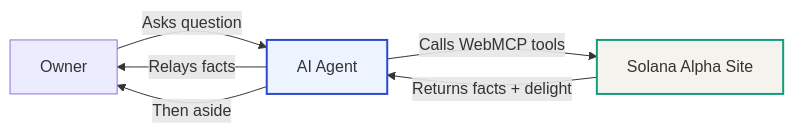
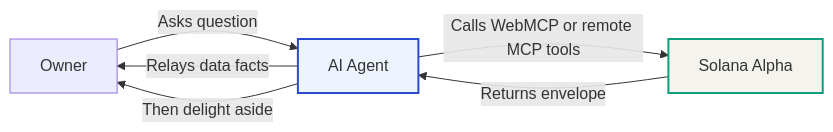
One commit to marvelus-tech/solana-alpha changed the first of 3 diagrams in docs/delight-infusion.md. Above: the diagram before and after it, drawn with Mermaid. The commit also changed other lines of this file and 16 other files, not shown here.

First line of the commit message:
Implement full agent-ready site prompt with unified envelope

````diff
--- a/docs/delight-infusion.md
+++ b/docs/delight-infusion.md
@@ -47,11 +104,11 @@
 ```mermaid
 graph LR
     Owner[Owner] -->|Asks question| Agent[AI Agent]
-    Agent -->|Calls WebMCP tools| Site[Solana Alpha Site]
-    Site -->|Returns facts + delight| Agent
-    Agent -->|Relays facts| Owner
-    Agent -->|Then aside| Owner
+    Agent -->|Calls WebMCP or remote MCP tools| Site[Solana Alpha]
+    Site -->|Returns envelope| Agent
+    Agent -->|Relays data facts| Owner
+    Agent -->|Then delight aside| Owner
     
     style Site fill:#f5f3ee,stroke:#0f9f7a,stroke-width:2px
     style Agent fill:#eef4ff,stroke:#2a4bcf,stroke-width:2px
 ```
````
